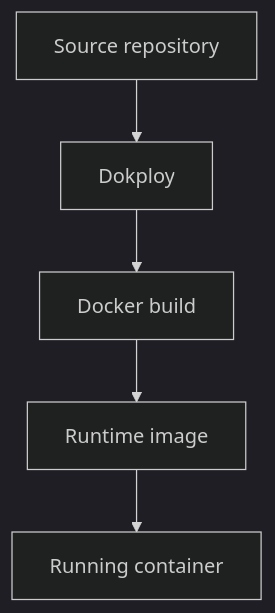
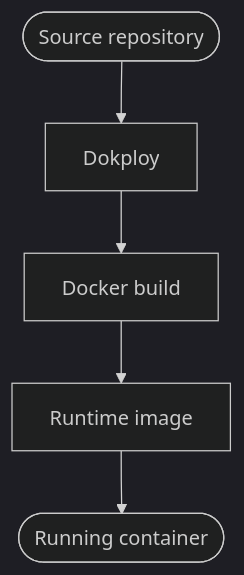
The second of 2 diagrams in web/content/blog/rewriting-my-portfolio-for-self-hosting.mdx (ErickCReis/ErickCReis), drawn with Mermaid (dark theme) before and after one commit. The commit also changed other lines of this file and 23 other files, not shown here.

Commit message:
Polish Mermaid diagrams across blog posts

````diff
--- a/web/content/blog/rewriting-my-portfolio-for-self-hosting.mdx
+++ b/web/content/blog/rewriting-my-portfolio-for-self-hosting.mdx
@@ -47,7 +45,7 @@
 ```mermaid center
 flowchart TB
-  Source["Source repository"] --> Dokploy["Dokploy"]
+  Source(["Source repository"]) --> Dokploy["Dokploy"]
   Dokploy --> Build["Docker build"]
   Build --> Image["Runtime image"]
-  Image --> Container["Running container"]
+  Image --> Container(["Running container"])
 ```
````
